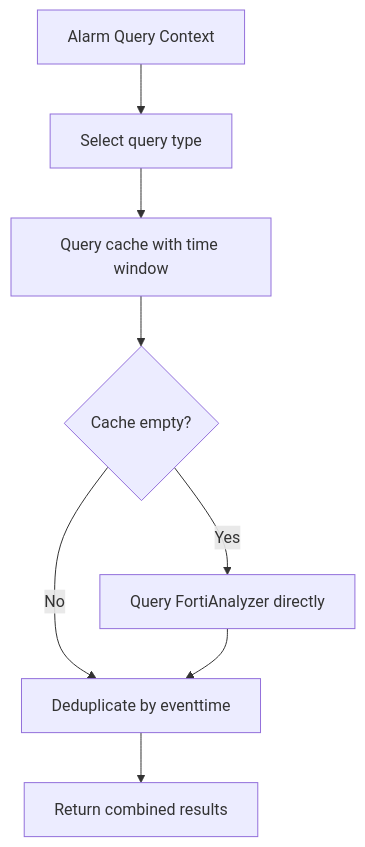
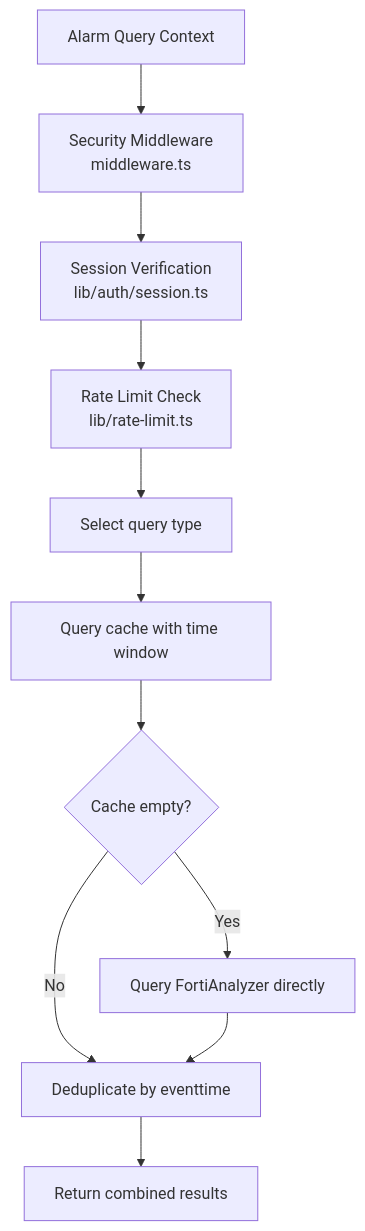
Before and after one commit to celebigilfatih/infrascope: the eighth of 10 diagrams in .qoder/repowiki/en/content/Security Management/Security Management.md, drawn with Mermaid. The commit also changed other lines of this file and 12 other files, not shown here.

First line of the commit message:
feat(api): add authentication, license management, and enhanced security middleware

````diff
--- a/.qoder/repowiki/en/content/Security Management/Security Management.md
+++ b/.qoder/repowiki/en/content/Security Management/Security Management.md
@@ -219,10 +397,13 @@
 ```mermaid
 flowchart TD
-QStart["Alarm Query Context"] --> Select["Select query type"]
+QStart["Alarm Query Context"] --> Middleware["Security Middleware<br/>middleware.ts"]
+Middleware --> Auth["Session Verification<br/>lib/auth/session.ts"]
+Auth --> RateLimit["Rate Limit Check<br/>lib/rate-limit.ts"]
+RateLimit --> Select["Select query type"]
 Select --> Cache["Query cache with time window"]
 Cache --> Empty{"Cache empty?"}
 Empty -- Yes --> FA["Query FortiAnalyzer directly"]
 Empty -- No --> Dedup["Deduplicate by eventtime"]
 FA --> Dedup
 Dedup --> Result["Return combined results"]
 ```
````
